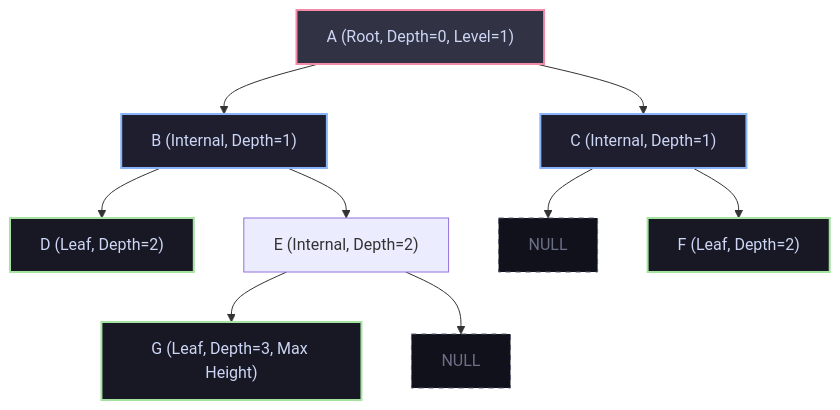
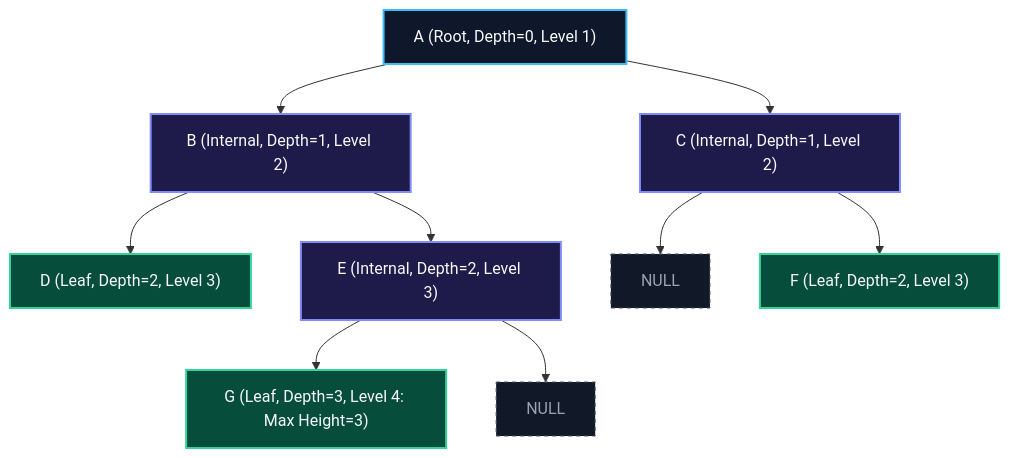
The third of 10 diagrams in content/docs/dsa/02-trees-heaps-and-core-patterns/01-binary-trees-and-traversals.mdx (1345AbhishekKumar/cs-cookbook), drawn with Mermaid before and after one commit. The commit also changed other lines of this file and 211 other files, not shown here.

````diff
--- a/content/docs/dsa/02-trees-heaps-and-core-patterns/01-binary-trees-and-traversals.mdx
+++ b/content/docs/dsa/02-trees-heaps-and-core-patterns/01-binary-trees-and-traversals.mdx
@@ -29,20 +118,21 @@
 ```mermaid
 flowchart TD
-    Root["A (Root, Depth=0, Level=1)"] --> B["B (Internal, Depth=1)"]
-    Root --> C["C (Internal, Depth=1)"]
-    B --> D["D (Leaf, Depth=2)"]
-    B --> E["E (Internal, Depth=2)"]
-    C --> Empty1["NULL"]
-    C --> F["F (Leaf, Depth=2)"]
-    E --> G["G (Leaf, Depth=3, Max Height)"]
-    E --> Empty2["NULL"]
+    Root["A (Root, Depth=0, Level 1)"] --> B["B (Internal, Depth=1, Level 2)"]
+    Root --> C["C (Internal, Depth=1, Level 2)"]
+    B --> D["D (Leaf, Depth=2, Level 3)"]
+    B --> E["E (Internal, Depth=2, Level 3)"]
+    C --> Null1["NULL"]
+    C --> F["F (Leaf, Depth=2, Level 3)"]
+    E --> G["G (Leaf, Depth=3, Level 4: Max Height=3)"]
+    E --> Null2["NULL"]
 
-    style Root fill:#313244,stroke:#f38ba8,stroke-width:2px,color:#cdd6f4
-    style B fill:#1e1e2e,stroke:#89b4fa,stroke-width:2px,color:#cdd6f4
-    style C fill:#1e1e2e,stroke:#89b4fa,stroke-width:2px,color:#cdd6f4
-    style D fill:#181825,stroke:#a6e3a1,stroke-width:2px,color:#cdd6f4
-    style F fill:#181825,stroke:#a6e3a1,stroke-width:2px,color:#cdd6f4
-    style G fill:#181825,stroke:#a6e3a1,stroke-width:2px,color:#cdd6f4
-    style Empty1 fill:#11111b,stroke:#585b70,stroke-dasharray: 5 5,color:#6c7086
-    style Empty2 fill:#11111b,stroke:#585b70,stroke-dasharray: 5 5,color:#6c7086
+    style Root fill:#0f172a,stroke:#38bdf8,stroke-width:2px,color:#f8fafc
+    style B fill:#1e1b4b,stroke:#818cf8,stroke-width:2px,color:#f8fafc
+    style C fill:#1e1b4b,stroke:#818cf8,stroke-width:2px,color:#f8fafc
+    style D fill:#064e3b,stroke:#34d399,stroke-width:2px,color:#f8fafc
+    style E fill:#1e1b4b,stroke:#818cf8,stroke-width:2px,color:#f8fafc
+    style F fill:#064e3b,stroke:#34d399,stroke-width:2px,color:#f8fafc
+    style G fill:#064e3b,stroke:#34d399,stroke-width:2px,color:#f8fafc
+    style Null1 fill:#111827,stroke:#4b5563,stroke-dasharray: 4 4,color:#9ca3af
+    style Null2 fill:#111827,stroke:#4b5563,stroke-dasharray: 4 4,color:#9ca3af
 ```
````
